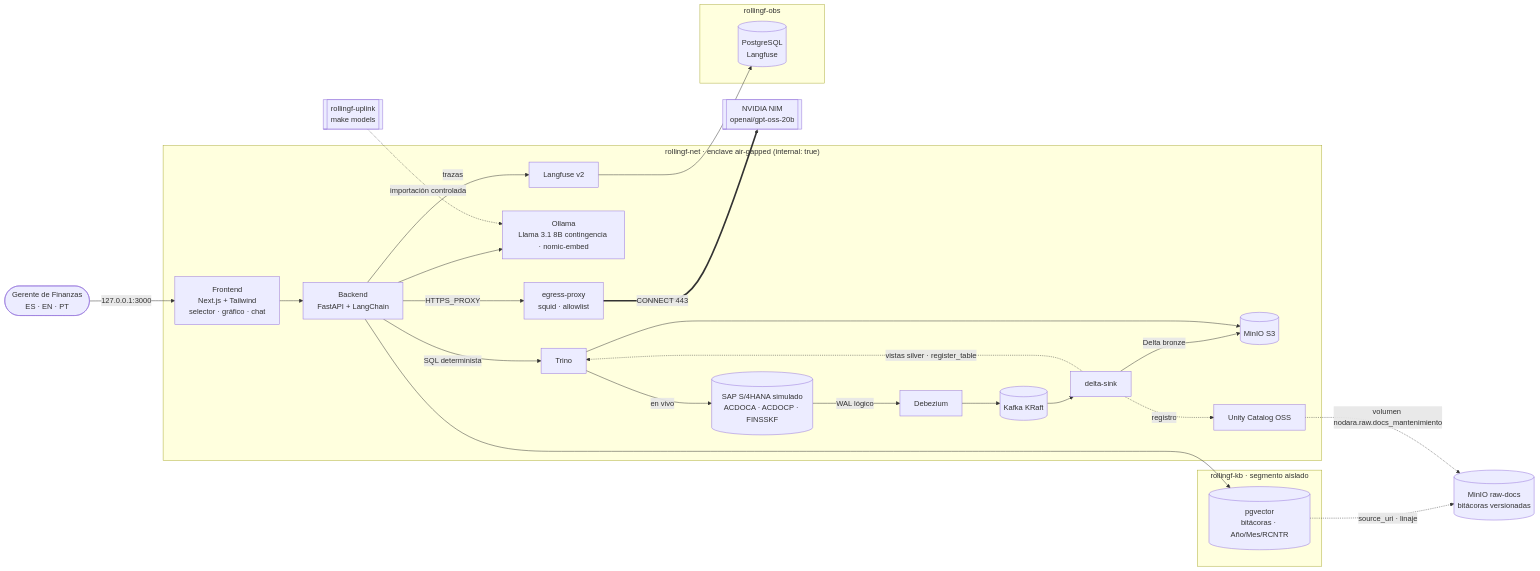
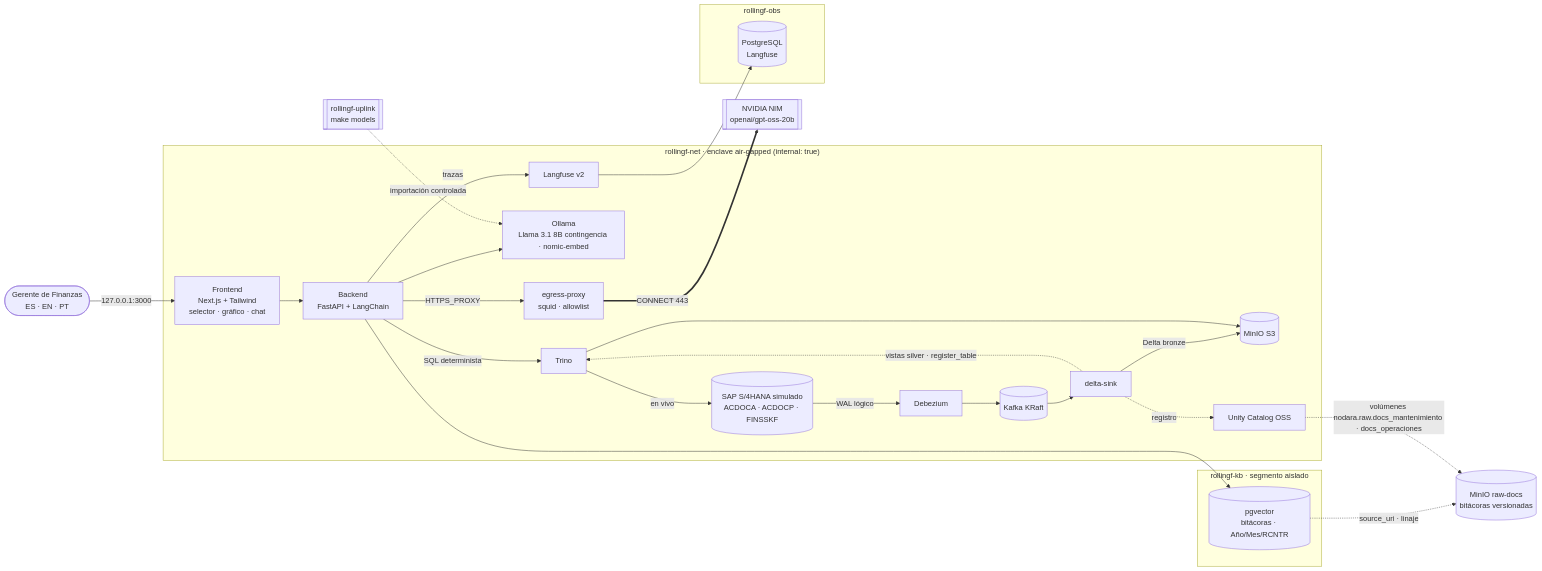
One commit to LTVitoto/nodara-rollingf changed the diagram in README.md. Above: the diagram before and after it, drawn with Mermaid. The commit also changed other lines of this file and 23 other files, not shown here.

````diff
--- a/README.md
+++ b/README.md
@@ -64,33 +79,33 @@
 ```mermaid
 flowchart LR
   GF([Gerente de Finanzas<br/>ES · EN · PT]) -->|127.0.0.1:3000| FE
 
   subgraph ENCLAVE["rollingf-net · enclave air-gapped (internal: true)"]
     FE[Frontend<br/>Next.js + Tailwind<br/>selector · gráfico · chat] --> BE[Backend<br/>FastAPI + LangChain]
     BE -->|SQL determinista| TR[Trino]
     BE --> OL["Ollama<br/>Llama 3.1 8B contingencia · nomic-embed"]
     BE -->|trazas| LF[Langfuse v2]
     BE -->|HTTPS_PROXY| EP[egress-proxy<br/>squid · allowlist]
     S4[(SAP S/4HANA simulado<br/>ACDOCA · ACDOCP · FINSSKF)] -->|WAL lógico| DBZ[Debezium]
     DBZ --> KF[(Kafka KRaft)] --> DS[delta-sink]
     DS -->|Delta bronze| MN[(MinIO S3)]
     DS -.->|vistas silver · register_table| TR
     DS -.->|registro| UC[Unity Catalog OSS]
     TR --> MN
     TR -->|en vivo| S4
   end
 
   subgraph KB["rollingf-kb · segmento aislado"]
     VDB[(pgvector<br/>bitácoras · Año/Mes/RCNTR)]
   end
   subgraph OBS["rollingf-obs"]
     LFDB[(PostgreSQL<br/>Langfuse)]
   end
   LF --> LFDB
   BE --> VDB
   EP ==>|CONNECT 443| NIM[[NVIDIA NIM<br/>openai/gpt-oss-20b]]
   RAW[(MinIO raw-docs<br/>bitácoras versionadas)]
   VDB -.->|source_uri · linaje| RAW
-  UC -.->|volumen nodara.raw.docs_mantenimiento| RAW
+  UC -.->|volúmenes nodara.raw.docs_mantenimiento · docs_operaciones| RAW
   UP[[rollingf-uplink<br/>make models]] -.->|importación controlada| OL
 ```
````
